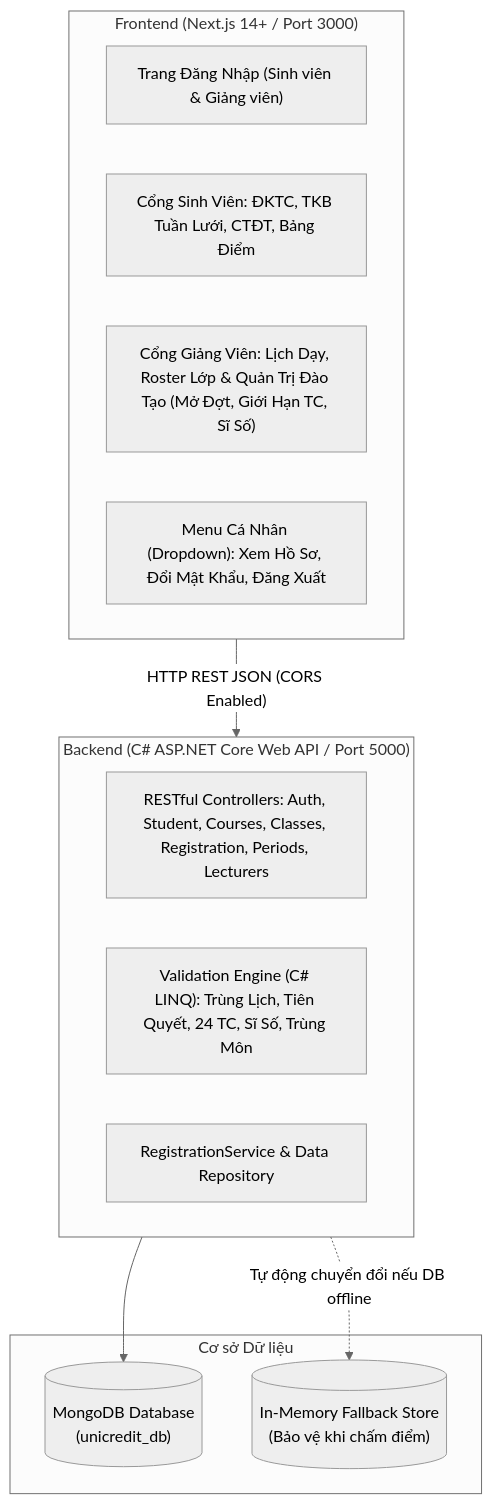
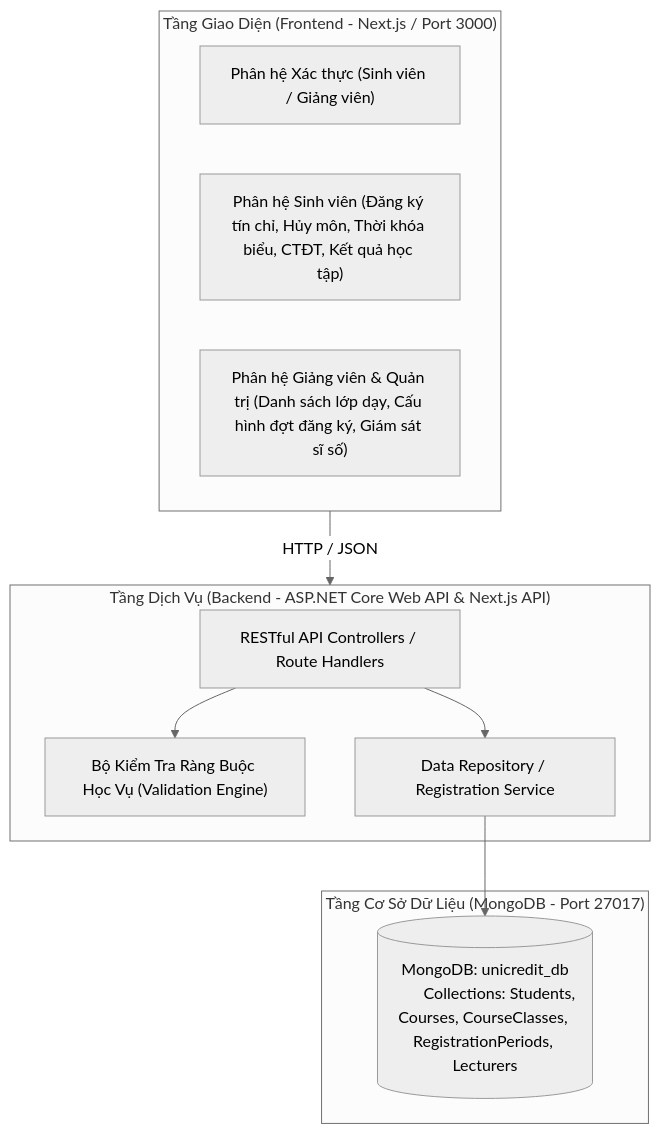
The diagram in README.md (hoangthuytien-2005/xay-dung-he-thong-dang-ky-mon-hoc), drawn with Mermaid (neutral theme) before and after one commit. The commit also changed other lines of this file and 30 other files, not shown here.

Commit message:
update: optimize frontend, replace mock data by db, fix unregister course, rewrite readme

````diff
--- a/README.md
+++ b/README.md
@@ -21,26 +25,24 @@
 ```mermaid
 flowchart TD
-    subgraph Client ["Frontend (Next.js 14+ / Port 3000)"]
-        UI_A["Trang Đăng Nhập (Sinh viên & Giảng viên)"]
-        UI_B["Cổng Sinh Viên: ĐKTC, TKB Tuần Lưới, CTĐT, Bảng Điểm"]
-        UI_C["Cổng Giảng Viên: Lịch Dạy, Roster Lớp & Quản Trị Đào Tạo (Mở Đợt, Giới Hạn TC, Sĩ Số)"]
-        UI_D["Menu Cá Nhân (Dropdown): Xem Hồ Sơ, Đổi Mật Khẩu, Đăng Xuất"]
+    subgraph Client ["Tầng Giao Diện (Frontend - Next.js / Port 3000)"]
+        AuthUI["Phân hệ Xác thực (Sinh viên / Giảng viên)"]
+        StudentUI["Phân hệ Sinh viên (Đăng ký tín chỉ, Hủy môn, Thời khóa biểu, CTĐT, Kết quả học tập)"]
+        LecturerUI["Phân hệ Giảng viên & Quản trị (Danh sách lớp dạy, Cấu hình đợt đăng ký, Giám sát sĩ số)"]
     end
 
-    subgraph Server ["Backend (C# ASP.NET Core Web API / Port 5000)"]
-        API_Ctrl["RESTful Controllers: Auth, Student, Courses, Classes, Registration, Periods, Lecturers"]
-        Val_Eng["Validation Engine (C# LINQ): Trùng Lịch, Tiên Quyết, 24 TC, Sĩ Số, Trùng Môn"]
-        Srv_Layer["RegistrationService & Data Repository"]
+    subgraph Server ["Tầng Dịch Vụ (Backend - ASP.NET Core Web API & Next.js API)"]
+        Controllers["RESTful API Controllers / Route Handlers"]
+        Validation["Bộ Kiểm Tra Ràng Buộc Học Vụ (Validation Engine)"]
+        Repository["Data Repository / Registration Service"]
     end
 
-    subgraph Database ["Cơ sở Dữ liệu"]
-        Mongo[("MongoDB Database
-        (unicredit_db)")]
-        MemStore[("In-Memory Fallback Store
-        (Bảo vệ khi chấm điểm)")]
+    subgraph Database ["Tầng Cơ Sở Dữ Liệu (MongoDB - Port 27017)"]
+        MongoDB[("MongoDB: unicredit_db
+        Collections: Students, Courses, CourseClasses, RegistrationPeriods, Lecturers")]
     end
 
-    Client -->|"HTTP REST JSON (CORS Enabled)"| Server
-    Server --> Mongo
-    Server -.->|"Tự động chuyển đổi nếu DB offline"| MemStore
+    Client -->|"HTTP / JSON"| Server
+    Controllers --> Validation
+    Controllers --> Repository
+    Repository --> MongoDB
 ```
````
